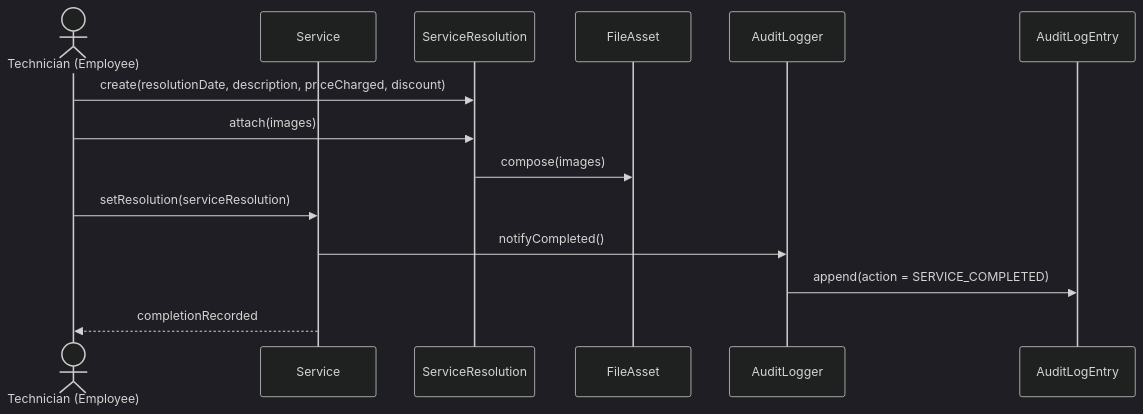
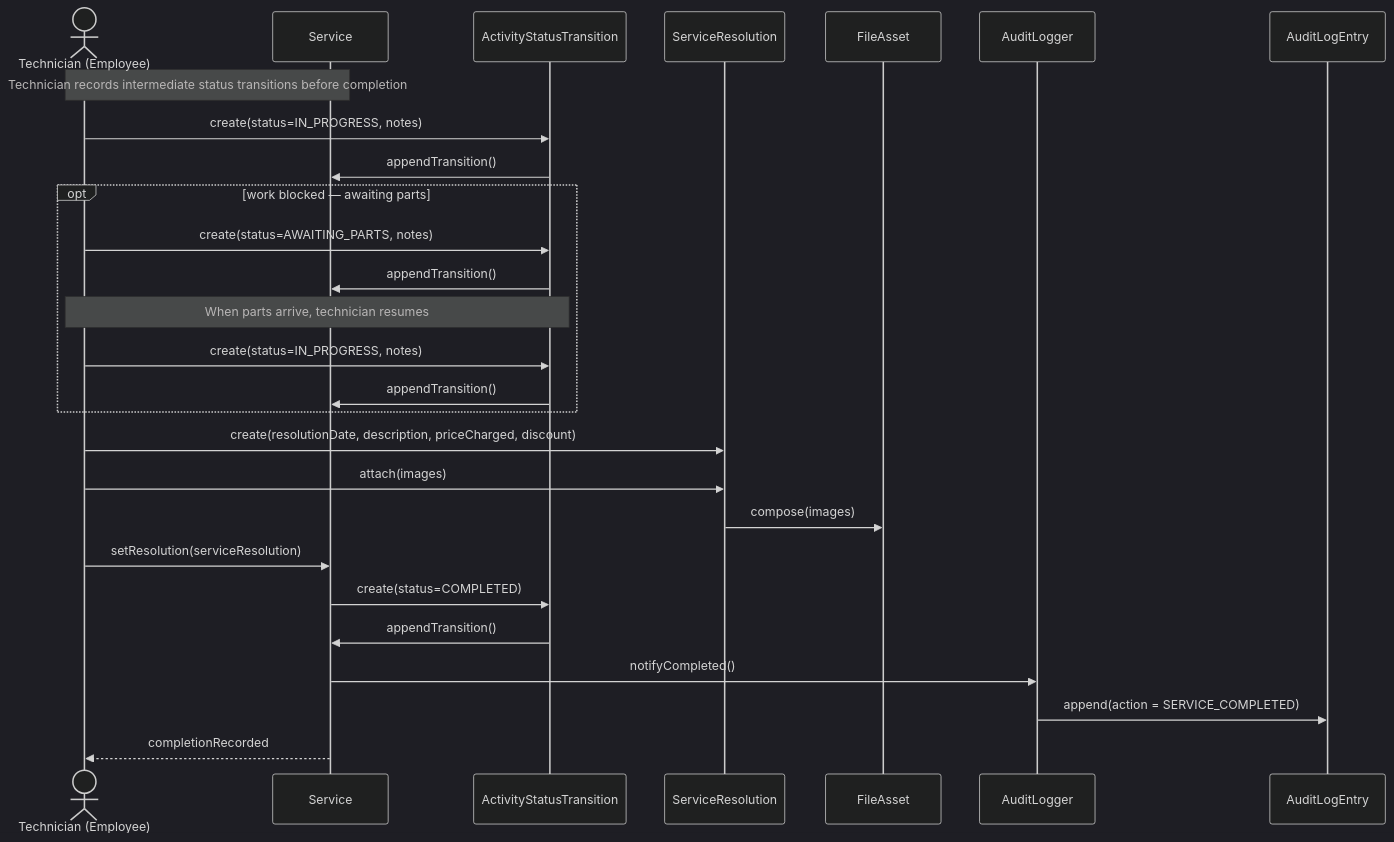
One commit to mariogarcia79/cmms-platform changed the fourth of 16 diagrams in docs/CMMS-AnalysisWorkflow.md. Above: the diagram before and after it, drawn with Mermaid (dark theme). The commit also changed other lines of this file and 1 other file, not shown here.

Commit message:
docs: update requirements and analysis workflow to accommodate the new requirements identified while modeling the domain's class diagram

````diff
--- a/docs/CMMS-AnalysisWorkflow.md
+++ b/docs/CMMS-AnalysisWorkflow.md
@@ -232,16 +265,29 @@
 ```mermaid
 sequenceDiagram
     actor Technician as Technician (Employee)
     participant Service
+    participant AST as ActivityStatusTransition
     participant ServiceResolution
     participant FileAsset
     participant Auditor as AuditLogger
 
+    Note over Technician,Service: Technician records intermediate status transitions before completion
+    Technician->>AST: create(status=IN_PROGRESS, notes)
+    AST->>Service: appendTransition()
+    opt work blocked — awaiting parts
+        Technician->>AST: create(status=AWAITING_PARTS, notes)
+        AST->>Service: appendTransition()
+        Note over Technician,AST: When parts arrive, technician resumes
+        Technician->>AST: create(status=IN_PROGRESS, notes)
+        AST->>Service: appendTransition()
+    end
     Technician->>ServiceResolution: create(resolutionDate, description, priceCharged, discount)
     Technician->>ServiceResolution: attach(images)
     ServiceResolution->>FileAsset: compose(images)
     Technician->>Service: setResolution(serviceResolution)
+    Service->>AST: create(status=COMPLETED)
+    AST->>Service: appendTransition()
     Service->>Auditor: notifyCompleted()
     Auditor->>AuditLogEntry: append(action = SERVICE_COMPLETED)
     Service-->>Technician: completionRecorded
 ```
````
